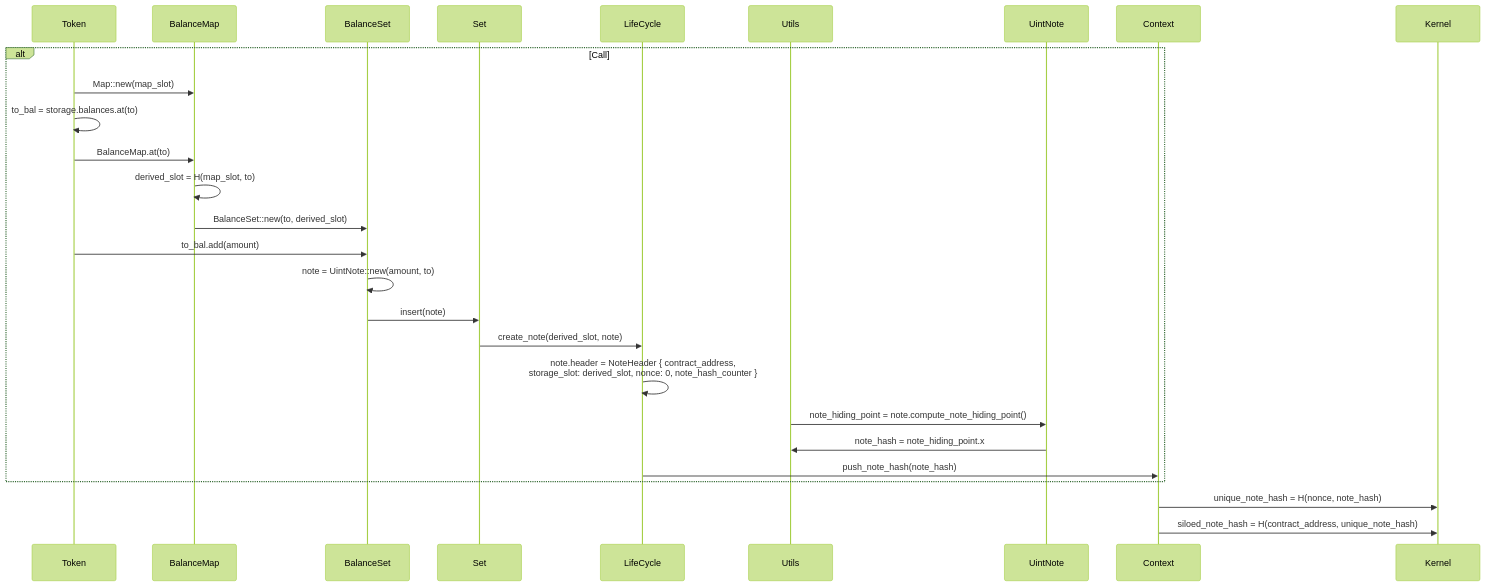
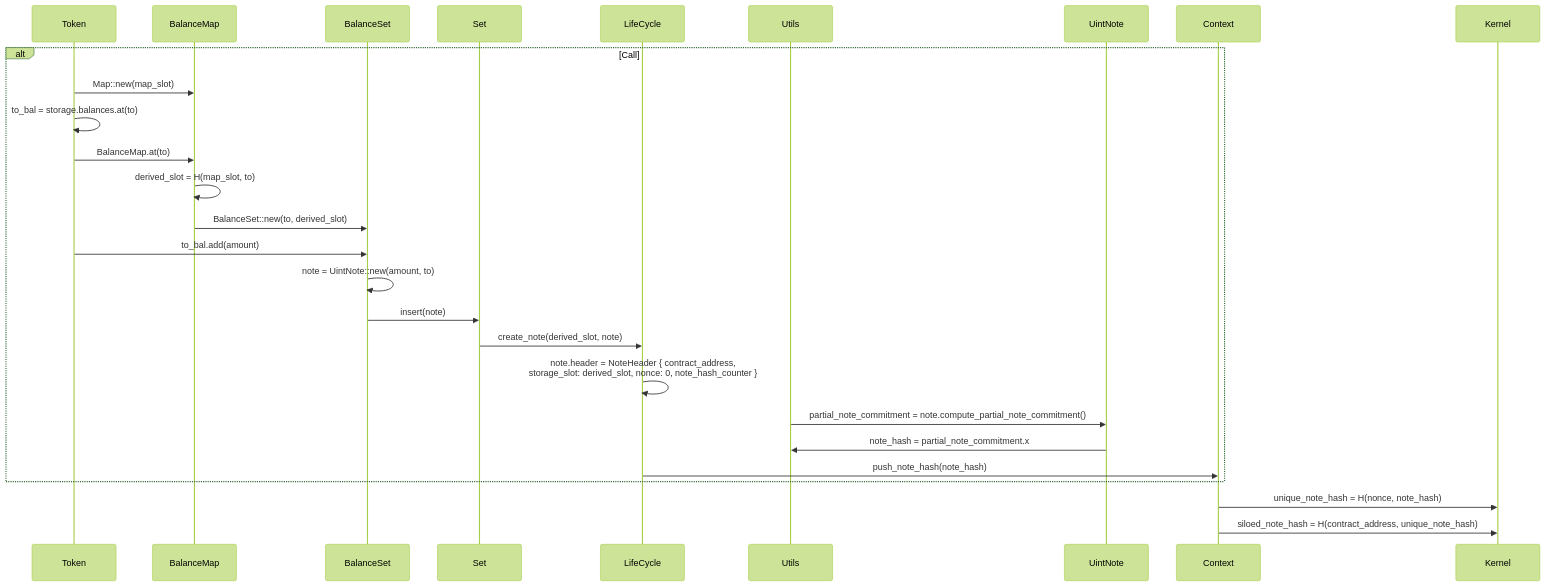
Before and after one commit to AztecProtocol/aztec-packages: the diagram in docs/versioned_docs/version-v0.86.0/developers/guides/smart_contracts/writing_contracts/storage/storage_slots.md, drawn with Mermaid (forest theme). The commit also changed 14 other files, not shown here.

Commit message:
hiding point -> partial note commitment

````diff
--- a/docs/versioned_docs/version-v0.86.0/developers/guides/smart_contracts/writing_contracts/storage/storage_slots.md
+++ b/docs/versioned_docs/version-v0.86.0/developers/guides/smart_contracts/writing_contracts/storage/storage_slots.md
@@ -29,20 +29,20 @@
 ```mermaid
 sequenceDiagram
     alt Call
     Token->>BalanceMap: Map::new(map_slot);
     Token->>Token: to_bal = storage.balances.at(to)
     Token->>BalanceMap: BalanceMap.at(to)
     BalanceMap->>BalanceMap: derived_slot = H(map_slot, to)
     BalanceMap->>BalanceSet: BalanceSet::new(to, derived_slot)
     Token->>BalanceSet: to_bal.add(amount)
     BalanceSet->>BalanceSet: note = UintNote::new(amount, to)
     BalanceSet->>Set: insert(note)
     Set->>LifeCycle: create_note(derived_slot, note)
     LifeCycle->>LifeCycle: note.header = NoteHeader { contract_address, <br> storage_slot: derived_slot, nonce: 0, note_hash_counter }
-    Utils->>UintNote: note_hiding_point = note.compute_note_hiding_point()
-    UintNote->>Utils: note_hash = note_hiding_point.x
+    Utils->>UintNote: partial_note_commitment = note.compute_partial_note_commitment()
+    UintNote->>Utils: note_hash = partial_note_commitment.x
     LifeCycle->>Context: push_note_hash(note_hash)
     end
     Context->>Kernel: unique_note_hash = H(nonce, note_hash)
     Context->>Kernel: siloed_note_hash = H(contract_address, unique_note_hash)
 ```
````
